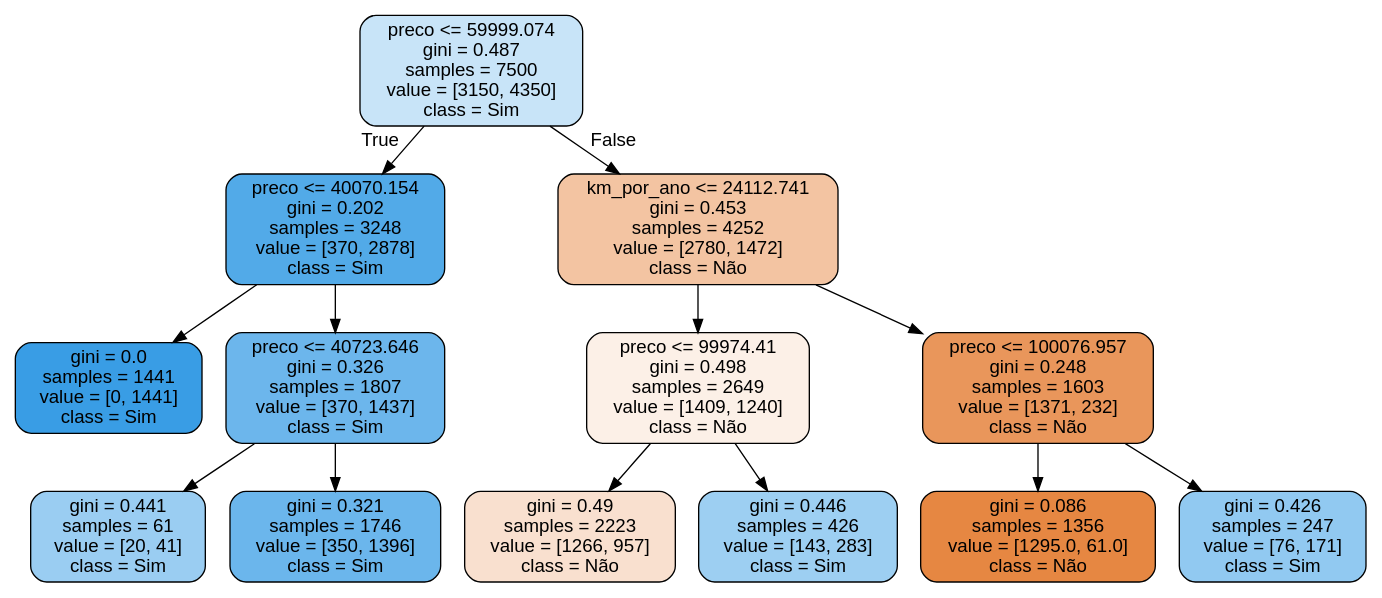
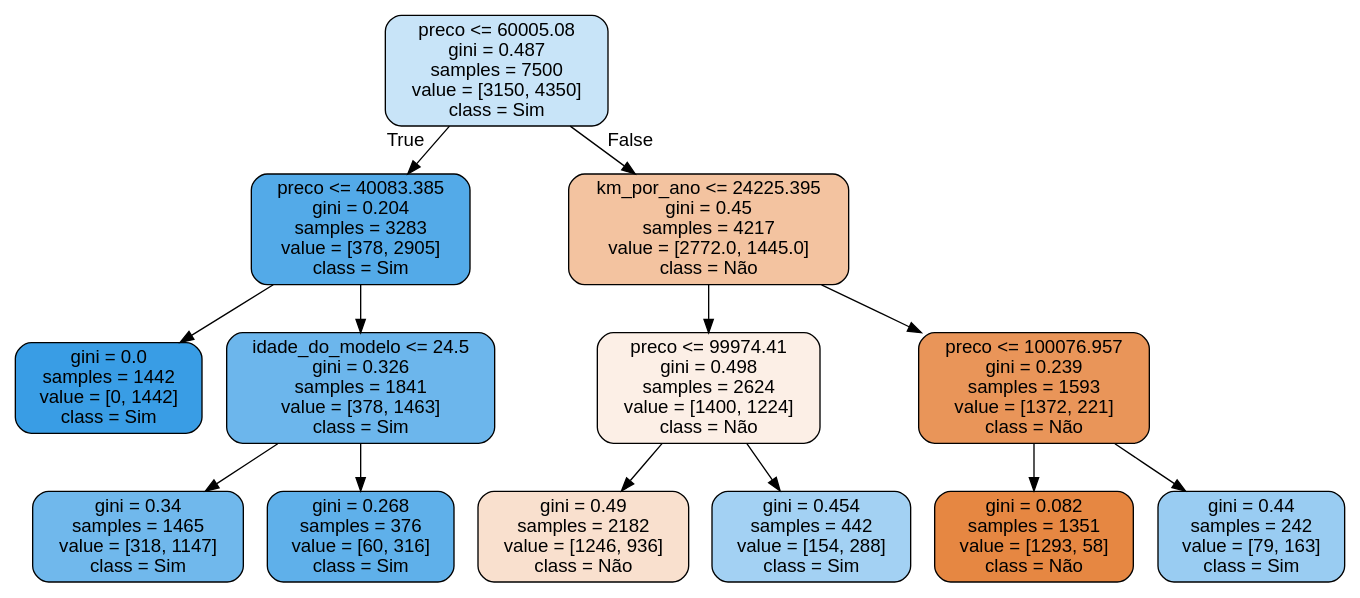
One commit to MatheusCostaVaz/Machine-Learning changed the diagram in Machine Learning classificação com SKLearn/Source.gv. Above: the diagram before and after it, drawn with Graphviz. The commit also changed 3 other files, not shown here.

```diff
--- a/Machine Learning classificação com SKLearn/Source.gv
+++ b/Machine Learning classificação com SKLearn/Source.gv
@@ -1,29 +1,29 @@
 digraph Tree {
 node [shape=box, style="filled, rounded", color="black", fontname="helvetica"] ;
 edge [fontname="helvetica"] ;
-0 [label="preco <= 59999.074\ngini = 0.487\nsamples = 7500\nvalue = [3150, 4350]\nclass = Sim", fillcolor="#c8e4f8"] ;
-1 [label="preco <= 40070.154\ngini = 0.202\nsamples = 3248\nvalue = [370, 2878]\nclass = Sim", fillcolor="#52aae8"] ;
+0 [label="preco <= 60005.08\ngini = 0.487\nsamples = 7500\nvalue = [3150, 4350]\nclass = Sim", fillcolor="#c8e4f8"] ;
+1 [label="preco <= 40083.385\ngini = 0.204\nsamples = 3283\nvalue = [378, 2905]\nclass = Sim", fillcolor="#53aae8"] ;
 0 -> 1 [labeldistance=2.5, labelangle=45, headlabel="True"] ;
-2 [label="gini = 0.0\nsamples = 1441\nvalue = [0, 1441]\nclass = Sim", fillcolor="#399de5"] ;
+2 [label="gini = 0.0\nsamples = 1442\nvalue = [0, 1442]\nclass = Sim", fillcolor="#399de5"] ;
 1 -> 2 ;
-3 [label="preco <= 40723.646\ngini = 0.326\nsamples = 1807\nvalue = [370, 1437]\nclass = Sim", fillcolor="#6cb6ec"] ;
+3 [label="idade_do_modelo <= 24.5\ngini = 0.326\nsamples = 1841\nvalue = [378, 1463]\nclass = Sim", fillcolor="#6cb6ec"] ;
 1 -> 3 ;
-4 [label="gini = 0.441\nsamples = 61\nvalue = [20, 41]\nclass = Sim", fillcolor="#9acdf2"] ;
+4 [label="gini = 0.34\nsamples = 1465\nvalue = [318, 1147]\nclass = Sim", fillcolor="#70b8ec"] ;
 3 -> 4 ;
-5 [label="gini = 0.321\nsamples = 1746\nvalue = [350, 1396]\nclass = Sim", fillcolor="#6bb6ec"] ;
+5 [label="gini = 0.268\nsamples = 376\nvalue = [60, 316]\nclass = Sim", fillcolor="#5fb0ea"] ;
 3 -> 5 ;
-6 [label="km_por_ano <= 24112.741\ngini = 0.453\nsamples = 4252\nvalue = [2780, 1472]\nclass = Não", fillcolor="#f3c4a2"] ;
+6 [label="km_por_ano <= 24225.395\ngini = 0.45\nsamples = 4217\nvalue = [2772.0, 1445.0]\nclass = Não", fillcolor="#f3c3a0"] ;
 0 -> 6 [labeldistance=2.5, labelangle=-45, headlabel="False"] ;
-7 [label="preco <= 99974.41\ngini = 0.498\nsamples = 2649\nvalue = [1409, 1240]\nclass = Não", fillcolor="#fcf0e7"] ;
+7 [label="preco <= 99974.41\ngini = 0.498\nsamples = 2624\nvalue = [1400, 1224]\nclass = Não", fillcolor="#fcefe6"] ;
 6 -> 7 ;
-8 [label="gini = 0.49\nsamples = 2223\nvalue = [1266, 957]\nclass = Não", fillcolor="#f9e0cf"] ;
+8 [label="gini = 0.49\nsamples = 2182\nvalue = [1246, 936]\nclass = Não", fillcolor="#f9e0ce"] ;
 7 -> 8 ;
-9 [label="gini = 0.446\nsamples = 426\nvalue = [143, 283]\nclass = Sim", fillcolor="#9dcff2"] ;
+9 [label="gini = 0.454\nsamples = 442\nvalue = [154, 288]\nclass = Sim", fillcolor="#a3d1f3"] ;
 7 -> 9 ;
-10 [label="preco <= 100076.957\ngini = 0.248\nsamples = 1603\nvalue = [1371, 232]\nclass = Não", fillcolor="#e9965b"] ;
+10 [label="preco <= 100076.957\ngini = 0.239\nsamples = 1593\nvalue = [1372, 221]\nclass = Não", fillcolor="#e99559"] ;
 6 -> 10 ;
-11 [label="gini = 0.086\nsamples = 1356\nvalue = [1295.0, 61.0]\nclass = Não", fillcolor="#e68742"] ;
+11 [label="gini = 0.082\nsamples = 1351\nvalue = [1293, 58]\nclass = Não", fillcolor="#e68742"] ;
 10 -> 11 ;
-12 [label="gini = 0.426\nsamples = 247\nvalue = [76, 171]\nclass = Sim", fillcolor="#91c9f1"] ;
+12 [label="gini = 0.44\nsamples = 242\nvalue = [79, 163]\nclass = Sim", fillcolor="#99ccf2"] ;
 10 -> 12 ;
 }
```
